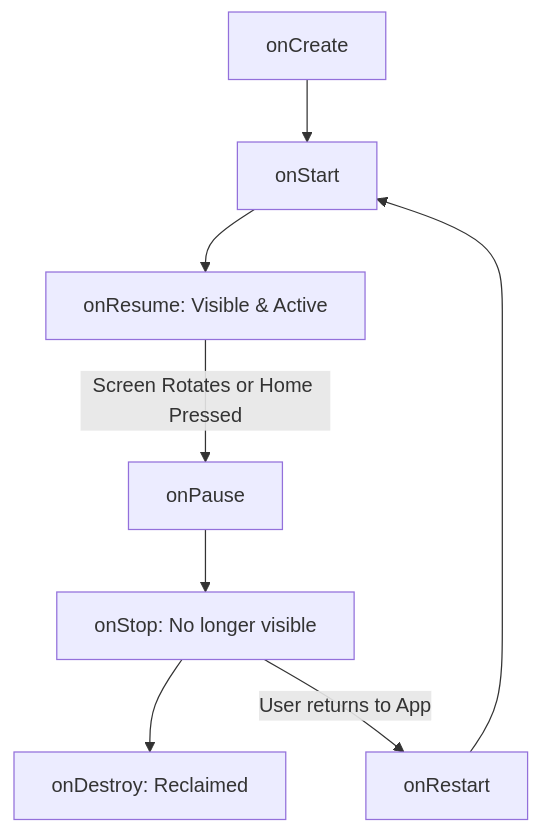
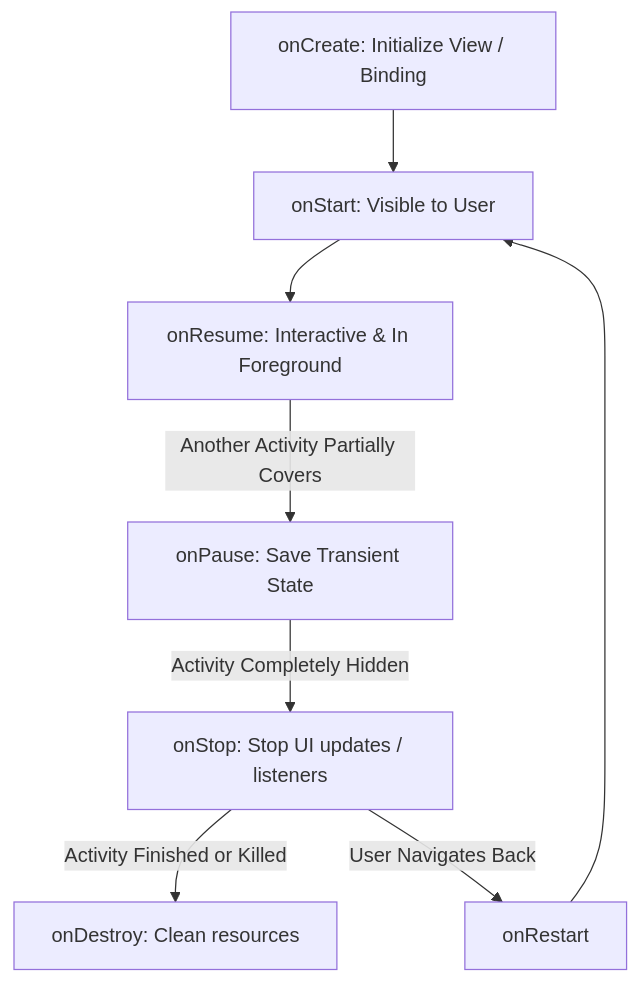
Before and after one commit to vennamprasad/DevCrack-Mobile-Interviews: the second of 4 diagrams in interviews/03_L1_Android_Developer_Guide.md, drawn with Mermaid. The commit also changed other lines of this file and 2 other files, not shown here.

````diff
--- a/interviews/03_L1_Android_Developer_Guide.md
+++ b/interviews/03_L1_Android_Developer_Guide.md
@@ -119,10 +182,10 @@
 ```mermaid
 graph TD
-    A[onCreate] --> B[onStart]
-    B --> C[onResume: Visible & Active]
-    C -->|Screen Rotates or Home Pressed| D[onPause]
-    D --> E[onStop: No longer visible]
-    E --> F[onDestroy: Reclaimed]
-    E -->|User returns to App| G[onRestart]
+    A[onCreate: Initialize View / Binding] --> B[onStart: Visible to User]
+    B --> C[onResume: Interactive & In Foreground]
+    C -->|Another Activity Partially Covers| D[onPause: Save Transient State]
+    D -->|Activity Completely Hidden| E[onStop: Stop UI updates / listeners]
+    E -->|Activity Finished or Killed| F[onDestroy: Clean resources]
+    E -->|User Navigates Back| G[onRestart]
     G --> B
 ```
````
